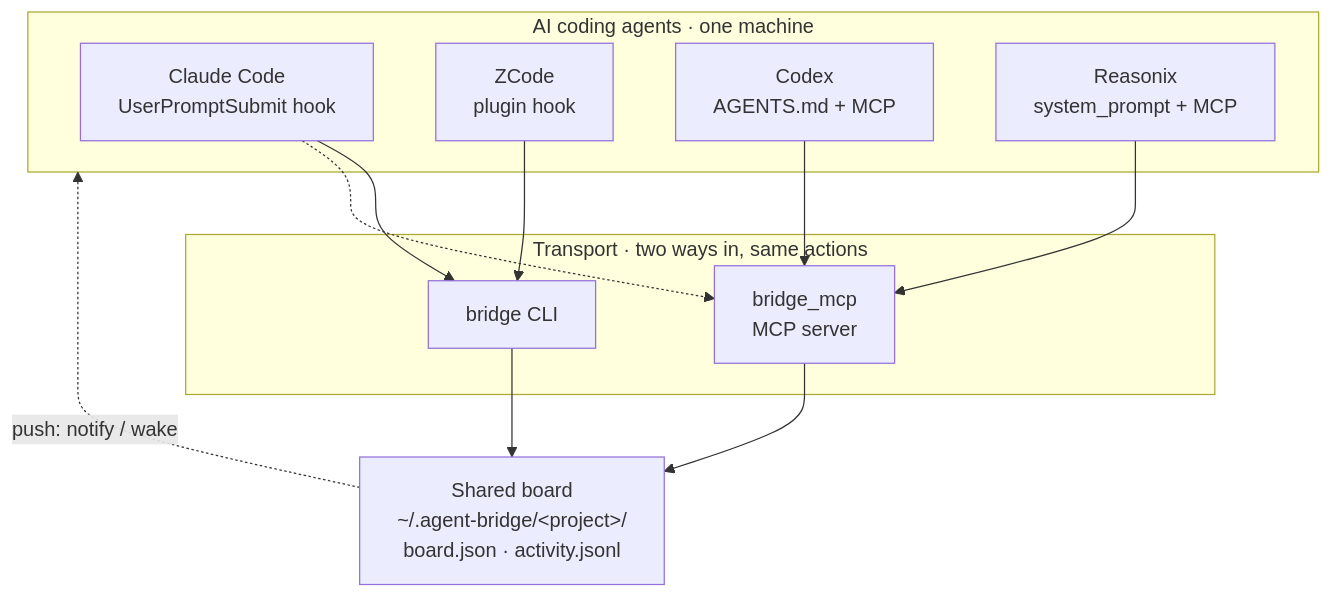
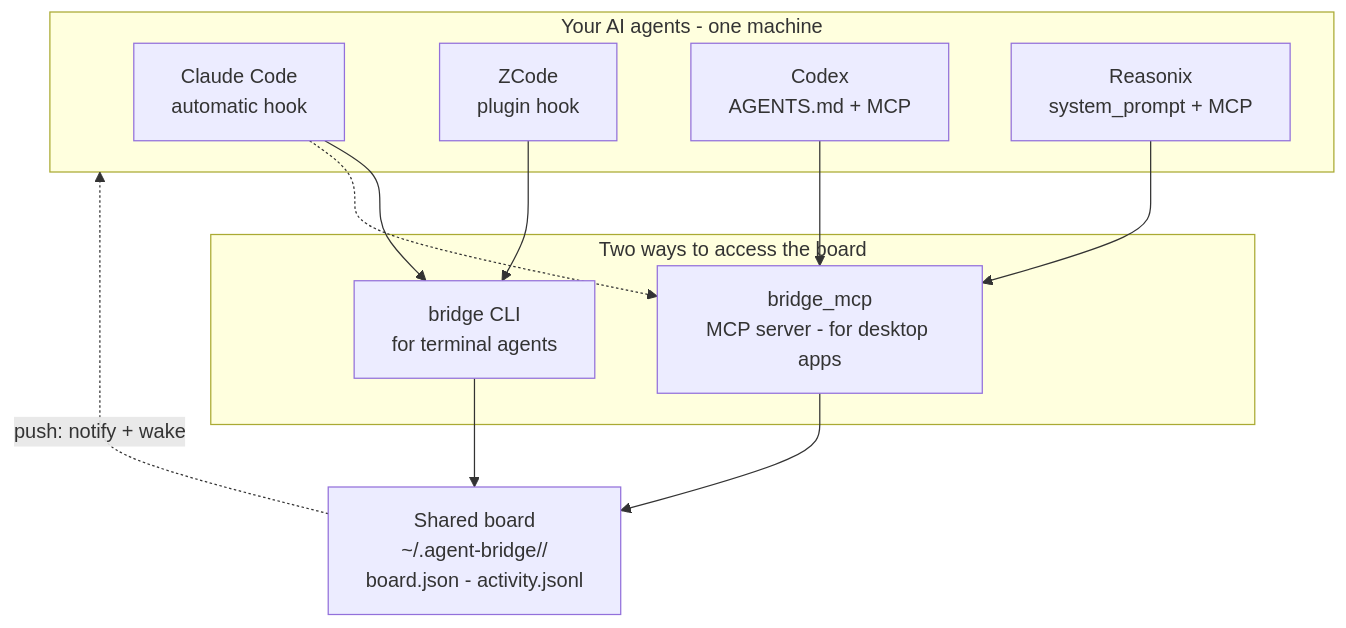
The diagram in README.md (xyva-yuangui/agent-bridge), drawn with Mermaid before and after one commit. The commit also changed other lines of this file and 2 other files, not shown here.

````diff
--- a/README.md
+++ b/README.md
@@ -41,23 +50,23 @@
 ```mermaid
 flowchart TB
-    subgraph A["AI coding agents · one machine"]
-        C["Claude Code<br/>UserPromptSubmit hook"]
+    subgraph A["Your AI agents - one machine"]
+        C["Claude Code<br/>automatic hook"]
         Z["ZCode<br/>plugin hook"]
         X["Codex<br/>AGENTS.md + MCP"]
         R["Reasonix<br/>system_prompt + MCP"]
     end
-    subgraph T["Transport · two ways in, same actions"]
-        CLI["bridge CLI"]
-        MCP["bridge_mcp<br/>MCP server"]
+    subgraph T["Two ways to access the board"]
+        CLI["bridge CLI<br/>for terminal agents"]
+        MCP["bridge_mcp<br/>MCP server - for desktop apps"]
     end
-    BOARD["Shared board<br/>~/.agent-bridge/&lt;project&gt;/<br/>board.json · activity.jsonl"]
+    BOARD["Shared board<br/>~/.agent-bridge/<project>/<br/>board.json - activity.jsonl"]
 
     C --> CLI
     Z --> CLI
     X --> MCP
     R --> MCP
     C -.-> MCP
     CLI --> BOARD
     MCP --> BOARD
-    BOARD -. "push: notify / wake" .-> A
+    BOARD -. "push: notify + wake" .-> A
 ```
````
